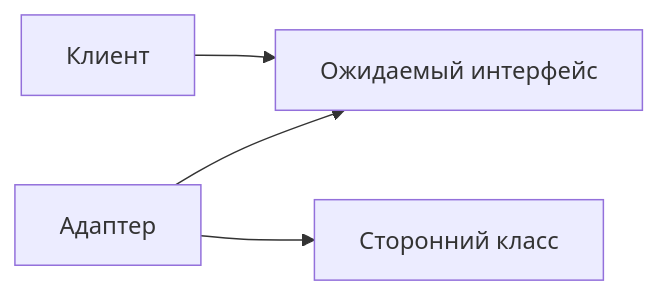
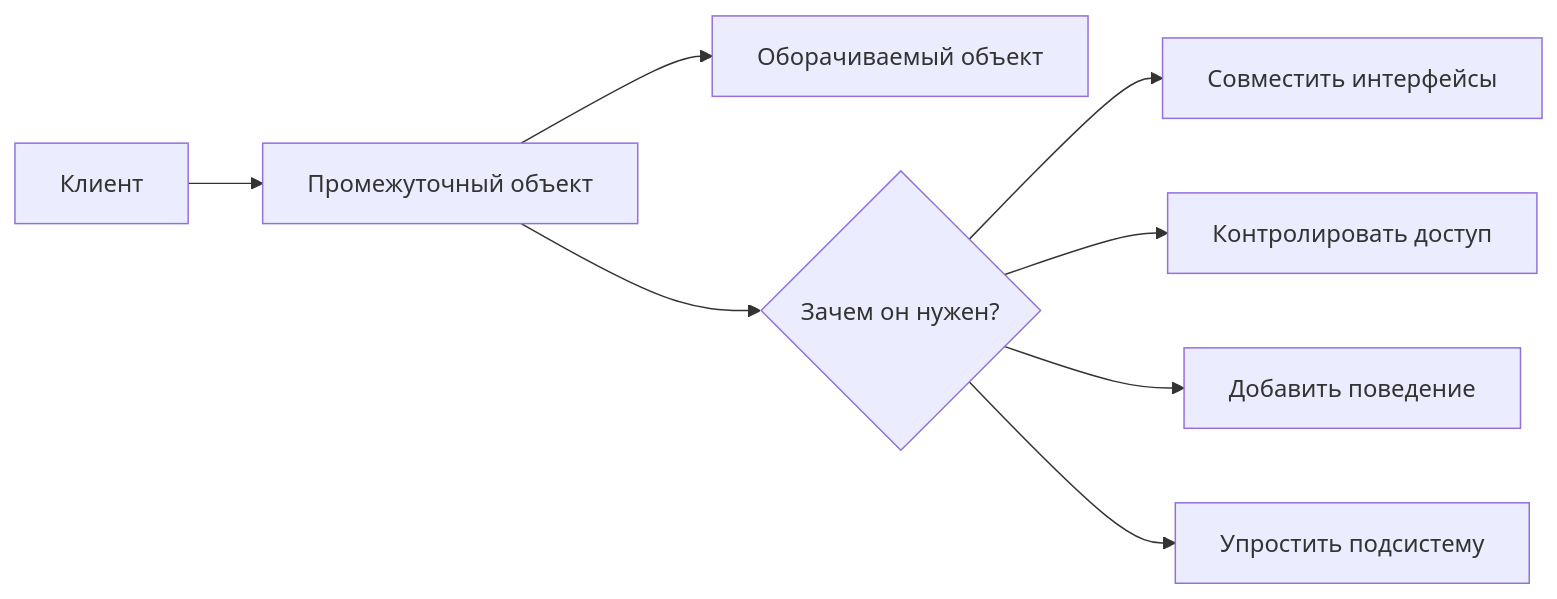
One commit to Kert0n/KPO changed the second of 16 diagrams in lectures/Lec6/vitepress.md. Above: the diagram before and after it, drawn with Mermaid. The commit also changed other lines of this file and 9 other files, not shown here.

````diff
--- a/lectures/Lec6/vitepress.md
+++ b/lectures/Lec6/vitepress.md
@@ -37,6 +44,11 @@
 ```mermaid
 flowchart LR
-    Client[Клиент] --> Target[Ожидаемый интерфейс]
-    Adapter[Адаптер] --> Target
-    Adapter --> Adaptee[Сторонний класс]
+  Client[Клиент] --> Wrapper[Промежуточный объект]
+  Wrapper --> Wrapped[Оборачиваемый объект]
+
+  Wrapper --> Intent{Зачем он нужен?}
+  Intent --> Adapter[Совместить интерфейсы]
+  Intent --> Proxy[Контролировать доступ]
+  Intent --> Decorator[Добавить поведение]
+  Intent --> Facade[Упростить подсистему]
 ```
````
